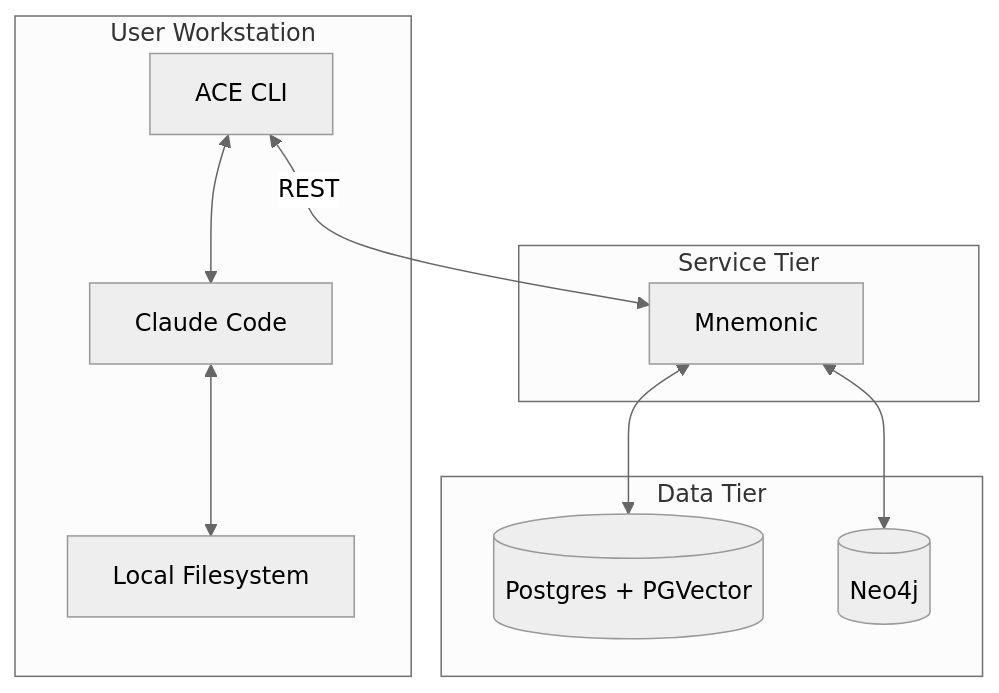
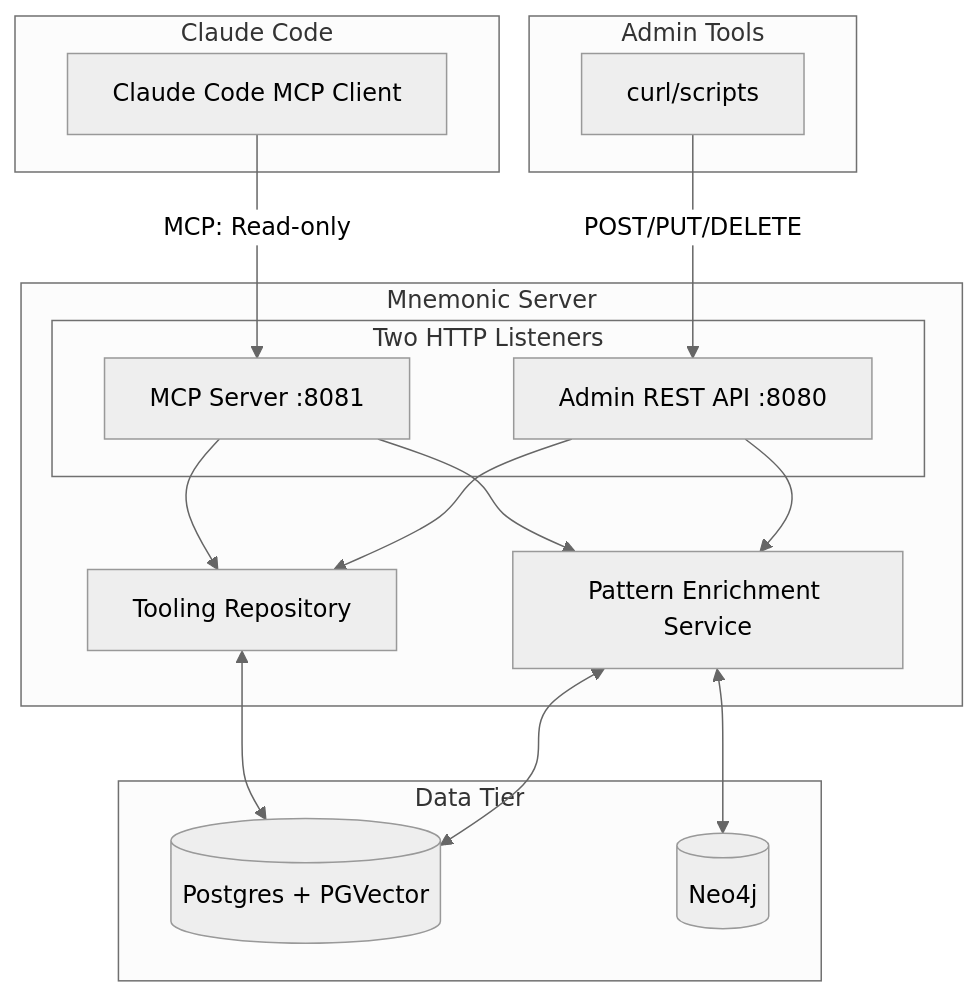
One commit to twistingmercury/mnemonic-mcp changed the first of 5 diagrams in docs/architecture/03-system-architecture.md. Above: the diagram before and after it, drawn with Mermaid (neutral theme). The commit also changed other lines of this file and 63 other files, not shown here.

````diff
--- a/docs/architecture/03-system-architecture.md
+++ b/docs/architecture/03-system-architecture.md
@@ -20,23 +19,34 @@
 ```mermaid
 graph TB
-    subgraph "User Workstation"
-        CLI[ACE CLI]
-        CC[Claude Code]
-        FS[Local Filesystem]
+    subgraph "Claude Code"
+        CC[Claude Code MCP Client]
     end
 
-    subgraph "Service Tier"
-        MN[Mnemonic]
+    subgraph "Admin Tools"
+        CURL[curl/scripts]
+    end
+
+    subgraph "Mnemonic Server"
+        subgraph "Two HTTP Listeners"
+            ADMIN[Admin REST API :8080]
+            MCP[MCP Server :8081]
+        end
+        PATTERN[Pattern Enrichment Service]
+        TOOLING[Tooling Repository]
     end
 
     subgraph "Data Tier"
         PG[(Postgres + PGVector)]
         NEO[(Neo4j)]
     end
 
-    CLI <-->|"REST"| MN
-    MN <--> PG
-    MN <--> NEO
-    CLI <--> CC
-    CC <--> FS
+    CURL -->|"POST/PUT/DELETE"| ADMIN
+    CC -->|"MCP: Read-only"| MCP
+    ADMIN --> PATTERN
+    ADMIN --> TOOLING
+    MCP --> PATTERN
+    MCP --> TOOLING
+    PATTERN <--> PG
+    PATTERN <--> NEO
+    TOOLING <--> PG
 ```
````
